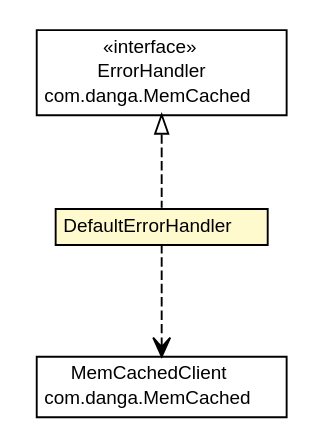
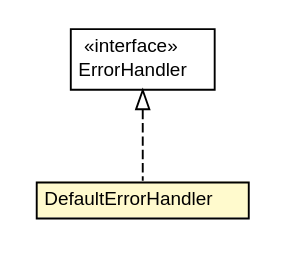
The diagram in dddlib-cache/dddlib-cache-memcached/apidocs/org/dayatang/cache/memcached/DefaultErrorHandler.dot (dayatang/dddlib), drawn with Graphviz before and after one commit. The commit also changed 76 other files, not shown here.

```diff
--- a/dddlib-cache/dddlib-cache-memcached/apidocs/org/dayatang/cache/memcached/DefaultErrorHandler.dot
+++ b/dddlib-cache/dddlib-cache-memcached/apidocs/org/dayatang/cache/memcached/DefaultErrorHandler.dot
@@ -1,37 +1,27 @@
 #!/usr/local/bin/dot
 #
 # Class diagram 
 # Generated by UMLGraph version R5_6_6-8-g8d7759 (http://www.umlgraph.org/)
 #
 
 digraph G {
 	edge [fontname="Helvetica",fontsize=10,labelfontname="Helvetica",labelfontsize=10];
 	node [fontname="Helvetica",fontsize=10,shape=plaintext];
 	nodesep=0.25;
 	ranksep=0.5;
 	// org.dayatang.cache.memcached.DefaultErrorHandler
-	c13 [label=<<table title="org.dayatang.cache.memcached.DefaultErrorHandler" border="0" cellborder="1" cellspacing="0" cellpadding="2" port="p" bgcolor="lemonChiffon" href="./DefaultErrorHandler.html">
+	c7 [label=<<table title="org.dayatang.cache.memcached.DefaultErrorHandler" border="0" cellborder="1" cellspacing="0" cellpadding="2" port="p" bgcolor="lemonChiffon" href="./DefaultErrorHandler.html">
 		<tr><td><table border="0" cellspacing="0" cellpadding="1">
 <tr><td align="center" balign="center"> DefaultErrorHandler </td></tr>
 		</table></td></tr>
 		</table>>, URL="./DefaultErrorHandler.html", fontname="Helvetica", fontcolor="black", fontsize=10.0];
 	//org.dayatang.cache.memcached.DefaultErrorHandler implements com.danga.MemCached.ErrorHandler
-	c14:p -> c13:p [dir=back,arrowtail=empty,style=dashed];
-	// org.dayatang.cache.memcached.DefaultErrorHandler DEPEND com.danga.MemCached.MemCachedClient
-	c13:p -> c20:p [taillabel="", label=" "headlabel="", fontname="Helvetica", fontcolor="black", fontsize=10.0, color="black", arrowhead=open, style=dashed];
+	c8:p -> c7:p [dir=back,arrowtail=empty,style=dashed];
 	// com.danga.MemCached.ErrorHandler
-	c14 [label=<<table title="com.danga.MemCached.ErrorHandler" border="0" cellborder="1" cellspacing="0" cellpadding="2" port="p" href="http://java.sun.com/j2se/1.4.2/docs/api/com/danga/MemCached/ErrorHandler.html">
+	c8 [label=<<table title="com.danga.MemCached.ErrorHandler" border="0" cellborder="1" cellspacing="0" cellpadding="2" port="p">
 		<tr><td><table border="0" cellspacing="0" cellpadding="1">
 <tr><td align="center" balign="center"> &#171;interface&#187; </td></tr>
 <tr><td align="center" balign="center"> ErrorHandler </td></tr>
-<tr><td align="center" balign="center"> com.danga.MemCached </td></tr>
 		</table></td></tr>
-		</table>>, URL="http://java.sun.com/j2se/1.4.2/docs/api/com/danga/MemCached/ErrorHandler.html", fontname="Helvetica", fontcolor="black", fontsize=10.0];
-	// com.danga.MemCached.MemCachedClient
-	c20 [label=<<table title="com.danga.MemCached.MemCachedClient" border="0" cellborder="1" cellspacing="0" cellpadding="2" port="p" href="http://java.sun.com/j2se/1.4.2/docs/api/com/danga/MemCached/MemCachedClient.html">
-		<tr><td><table border="0" cellspacing="0" cellpadding="1">
-<tr><td align="center" balign="center"> MemCachedClient </td></tr>
-<tr><td align="center" balign="center"> com.danga.MemCached </td></tr>
-		</table></td></tr>
-		</table>>, URL="http://java.sun.com/j2se/1.4.2/docs/api/com/danga/MemCached/MemCachedClient.html", fontname="Helvetica", fontcolor="black", fontsize=10.0];
+		</table>>, URL="null", fontname="Helvetica", fontcolor="black", fontsize=10.0];
 }
```
